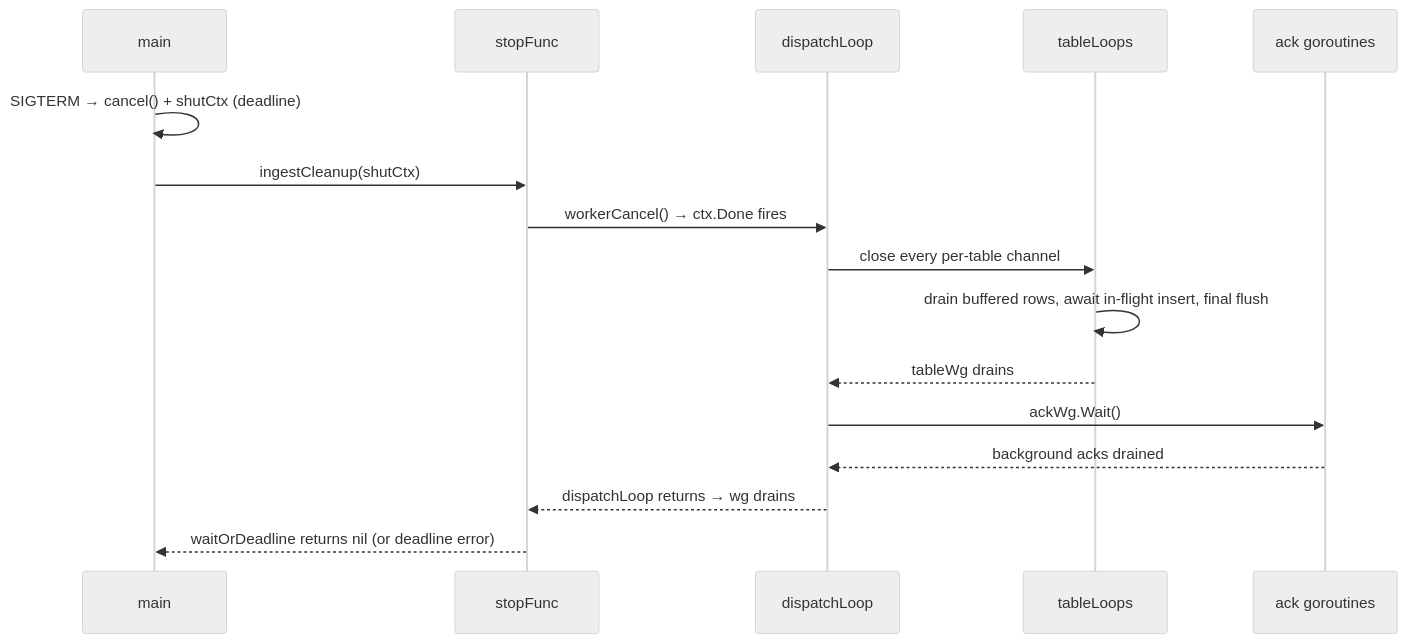
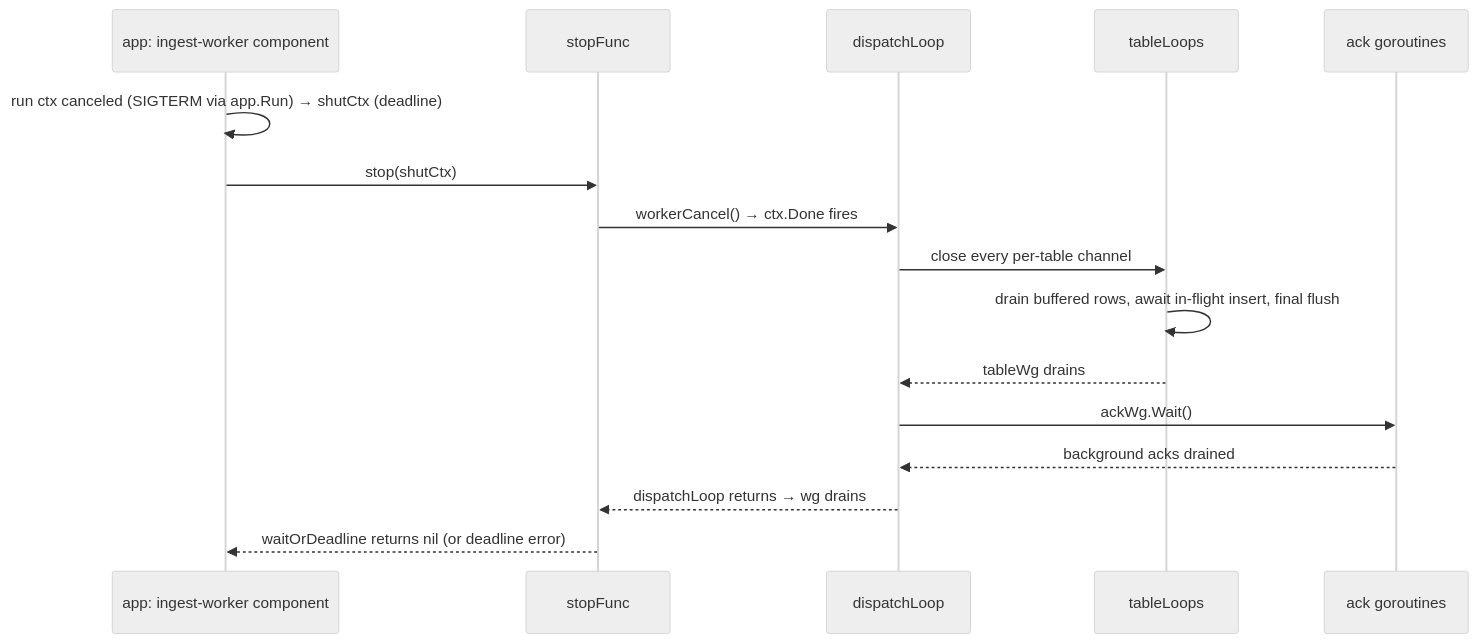
The sixth of 8 diagrams in docs/src/content/docs/ingest-pipeline.md (Wave-RF/WaveHouse), drawn with Mermaid (neutral theme) before and after one commit. The commit also changed other lines of this file and 25 other files, not shown here.

Commit message:
refactor(app): extract the process wiring from main.go into internal/app

````diff
--- a/docs/src/content/docs/ingest-pipeline.md
+++ b/docs/src/content/docs/ingest-pipeline.md
@@ -176,18 +177,18 @@
 ```mermaid
 sequenceDiagram
-    participant M as main
+    participant M as app: ingest-worker component
     participant SF as stopFunc
     participant D as dispatchLoop
     participant TL as tableLoops
     participant A as ack goroutines
-    M->>M: SIGTERM → cancel() + shutCtx (deadline)
-    M->>SF: ingestCleanup(shutCtx)
+    M->>M: run ctx canceled (SIGTERM via app.Run) → shutCtx (deadline)
+    M->>SF: stop(shutCtx)
     SF->>D: workerCancel() → ctx.Done fires
     D->>TL: close every per-table channel
     TL->>TL: drain buffered rows, await in-flight insert, final flush
     TL-->>D: tableWg drains
     D->>A: ackWg.Wait()
     A-->>D: background acks drained
     D-->>SF: dispatchLoop returns → wg drains
     SF-->>M: waitOrDeadline returns nil (or deadline error)
 ```
````
